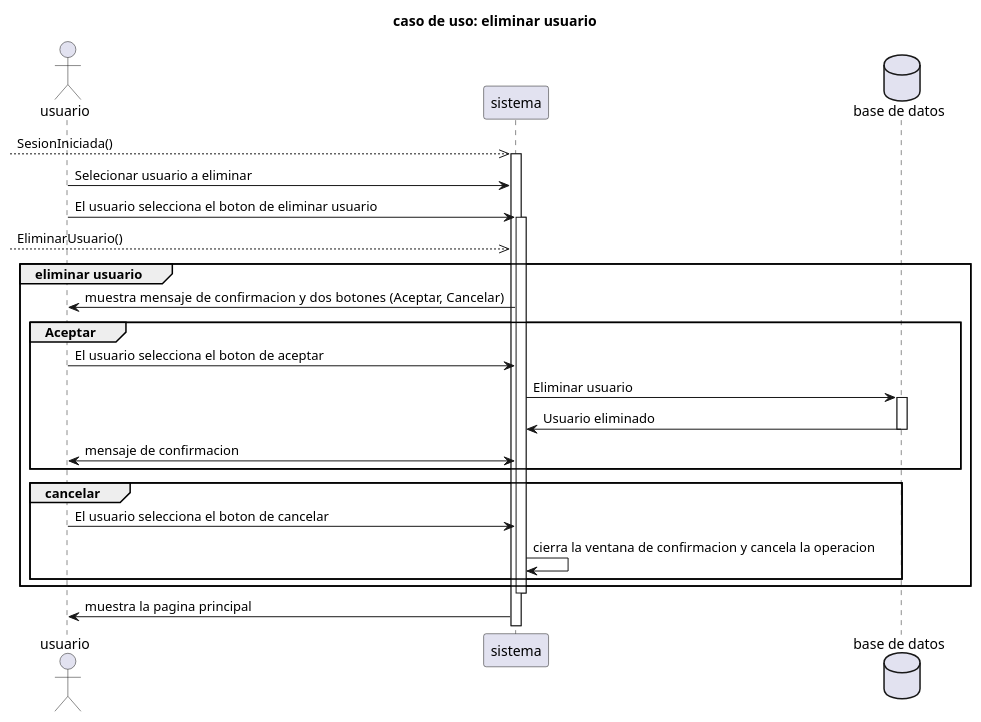
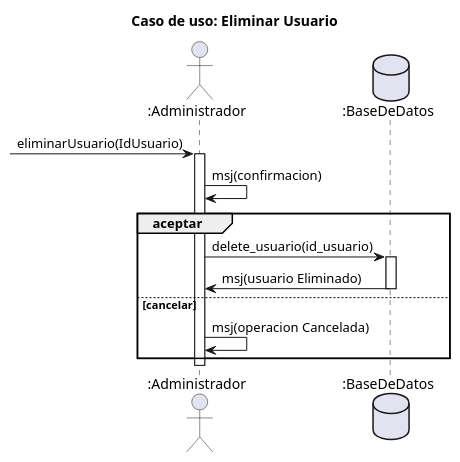
Before and after one commit to RubenE107/diagramas-de-dise-o-uml: the diagram in interacion 2/Eliminar usuario.puml, drawn with PlantUML. The commit also changed other lines of this file and 1 other file, not shown here.

Commit message:
eliminar usuario

```diff
--- a/interacion 2/Eliminar usuario.puml
+++ b/interacion 2/Eliminar usuario.puml
@@ -1,34 +1,57 @@
 @startuml
 title caso de uso: eliminar usuario
 
-actor "usuario" as U
-participant "sistema" as S
-database "base de datos" as BD
--->>S: SesionIniciada()
-activate S
-U->S:Selecionar usuario a eliminar
-U->S:El usuario selecciona el boton de eliminar usuario
+' actor "usuario" as U
+' participant "sistema" as S
+' database "base de datos" as BD
+' -->>S: SesionIniciada()
+' activate S
+' U->S:Selecionar usuario a eliminar
+' U->S:El usuario selecciona el boton de eliminar usuario
 
-activate S
--->>S: EliminarUsuario()
-group eliminar usuario
-S->U:muestra mensaje de confirmacion  y dos botones (Aceptar, Cancelar)
-group Aceptar
-    U->S:El usuario selecciona el boton de aceptar
+' activate S
+' -->>S: EliminarUsuario()
+' group eliminar usuario
+' S->U:muestra mensaje de confirmacion  y dos botones (Aceptar, Cancelar)
+' group Aceptar
+'     U->S:El usuario selecciona el boton de aceptar
     
-    S->BD: Eliminar usuario
-    activate BD
-    BD->S:Usuario eliminado
-    deactivate BD
-    S<->U:mensaje de confirmacion
- end
-group cancelar
-    U->S:El usuario selecciona el boton de cancelar
-    S->S:cierra la ventana de confirmacion y cancela la operacion
-end
+'     S->BD: Eliminar usuario
+'     activate BD
+'     BD->S:Usuario eliminado
+'     deactivate BD
+'     S<->U:mensaje de confirmacion
+'  end
+' group cancelar
+'     U->S:El usuario selecciona el boton de cancelar
+'     S->S:cierra la ventana de confirmacion y cancela la operacion
+' end
+' end
+
+' deactivate S
+' S->U:muestra la pagina principal
+
+title Caso de uso: Eliminar Usuario
+
+actor ":Administrador" as a
+database ":BaseDeDatos" as bd
+
+-> a:eliminarUsuario(IdUsuario)
+activate a
+a->a:msj(confirmacion)
+group aceptar
+    a->bd:delete_usuario(id_usuario)
+    activate bd
+    bd->a:msj(usuario Eliminado)
+    deactivate bd
+else cancelar
+    a->a:msj(operacion Cancelada)
 end
 
-deactivate S
-S->U:muestra la pagina principal
+activate bd
+
+deactivate bd
+
+deactivate a
 
 @enduml
```
